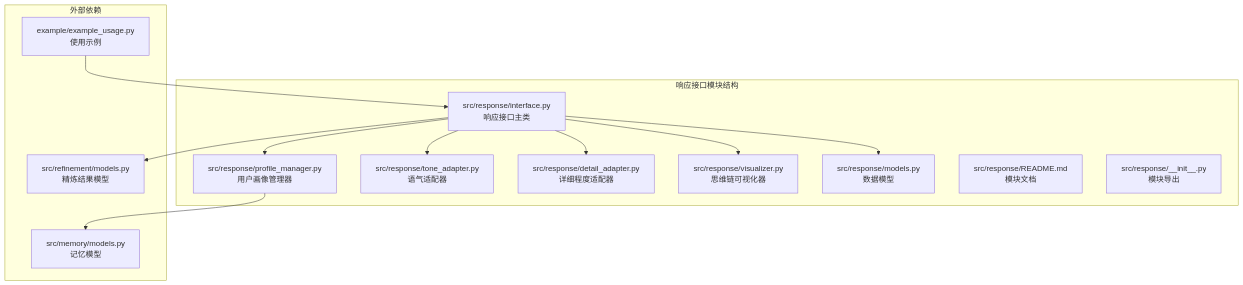
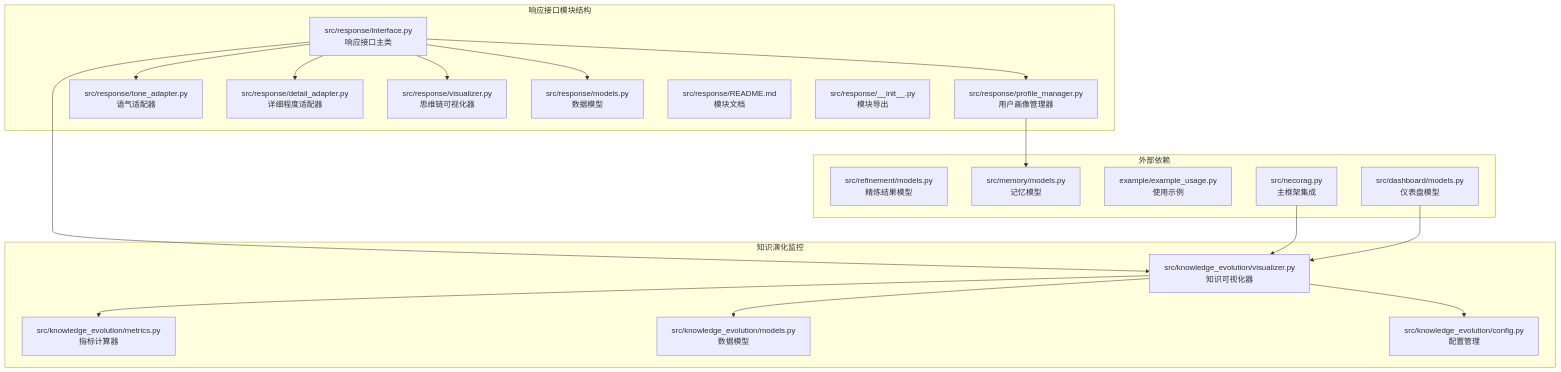
Before and after one commit to JieGaoPrinceton/NecoRAG: the first of 9 diagrams in .qoder/repowiki/zh/content/响应接口/响应接口.md, drawn with Mermaid. The commit also changed other lines of this file and 15 other files, not shown here.

````diff
--- a/.qoder/repowiki/zh/content/响应接口/响应接口.md
+++ b/.qoder/repowiki/zh/content/响应接口/响应接口.md
@@ -45,26 +63,38 @@
 ```mermaid
 graph TB
 subgraph "响应接口模块结构"
 A[src/response/interface.py<br/>响应接口主类]
 B[src/response/profile_manager.py<br/>用户画像管理器]
 C[src/response/tone_adapter.py<br/>语气适配器]
 D[src/response/detail_adapter.py<br/>详细程度适配器]
 E[src/response/visualizer.py<br/>思维链可视化器]
 F[src/response/models.py<br/>数据模型]
 G[src/response/README.md<br/>模块文档]
 H[src/response/__init__.py<br/>模块导出]
 end
+subgraph "知识演化监控"
+I[src/knowledge_evolution/visualizer.py<br/>知识可视化器]
+J[src/knowledge_evolution/metrics.py<br/>指标计算器]
+K[src/knowledge_evolution/models.py<br/>数据模型]
+L[src/knowledge_evolution/config.py<br/>配置管理]
+end
 subgraph "外部依赖"
-I[src/refinement/models.py<br/>精炼结果模型]
-J[src/memory/models.py<br/>记忆模型]
-K[example/example_usage.py<br/>使用示例]
+M[src/refinement/models.py<br/>精炼结果模型]
+N[src/memory/models.py<br/>记忆模型]
+O[example/example_usage.py<br/>使用示例]
+P[src/necorag.py<br/>主框架集成]
+Q[src/dashboard/models.py<br/>仪表盘模型]
 end
 A --> B
 A --> C
 A --> D
 A --> E
 A --> F
 A --> I
-B --> J
-K --> A
+B --> N
+I --> J
+I --> K
+I --> L
+P --> I
+Q --> I
 ```
````
